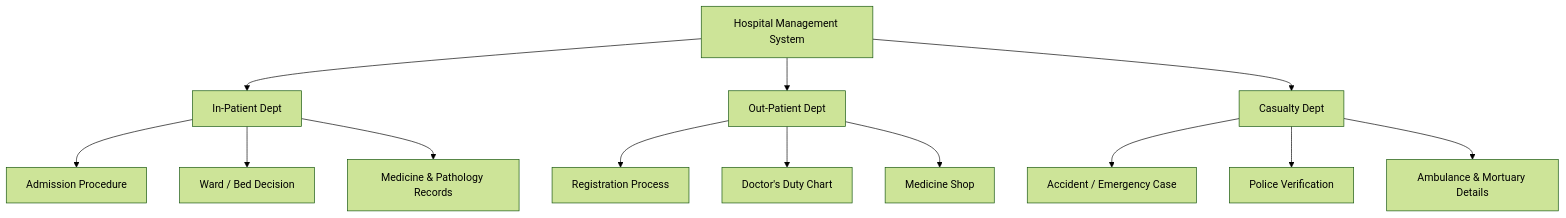
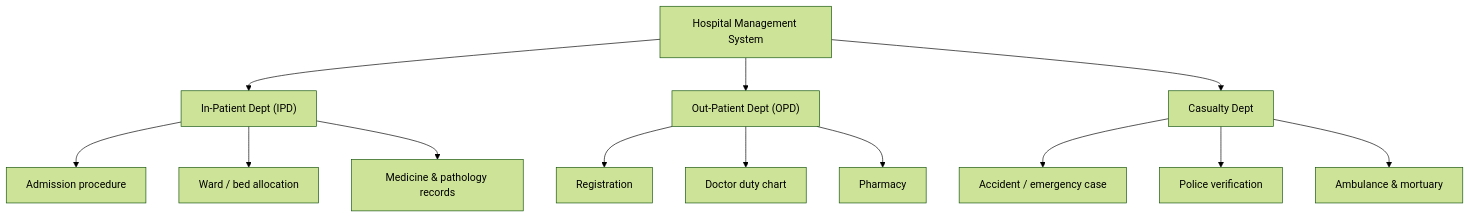
One commit to Ajay120503/ST_Notes changed the first of 12 diagrams in README.md. Above: the diagram before and after it, drawn with Mermaid (forest theme). The commit also changed other lines of this file, not shown here.

````diff
--- a/README.md
+++ b/README.md
@@ -33,15 +39,15 @@
 ```mermaid
 flowchart TD
-    HMS[Hospital Management System] --> IPD[In-Patient Dept]
-    HMS --> OPD[Out-Patient Dept]
-    HMS --> CAS[Casualty Dept]
-    IPD --> IPD1[Admission Procedure]
-    IPD --> IPD2[Ward / Bed Decision]
-    IPD --> IPD3[Medicine & Pathology Records]
-    OPD --> OPD1[Registration Process]
-    OPD --> OPD2[Doctor's Duty Chart]
-    OPD --> OPD3[Medicine Shop]
-    CAS --> CAS1[Accident / Emergency Case]
-    CAS --> CAS2[Police Verification]
-    CAS --> CAS3[Ambulance & Mortuary Details]
+    HMS["Hospital Management System"] --> IPD["In-Patient Dept (IPD)"]
+    HMS --> OPD["Out-Patient Dept (OPD)"]
+    HMS --> CAS["Casualty Dept"]
+    IPD --> IPD1["Admission procedure"]
+    IPD --> IPD2["Ward / bed allocation"]
+    IPD --> IPD3["Medicine & pathology records"]
+    OPD --> OPD1["Registration"]
+    OPD --> OPD2["Doctor duty chart"]
+    OPD --> OPD3["Pharmacy"]
+    CAS --> CAS1["Accident / emergency case"]
+    CAS --> CAS2["Police verification"]
+    CAS --> CAS3["Ambulance & mortuary"]
 ```
````
